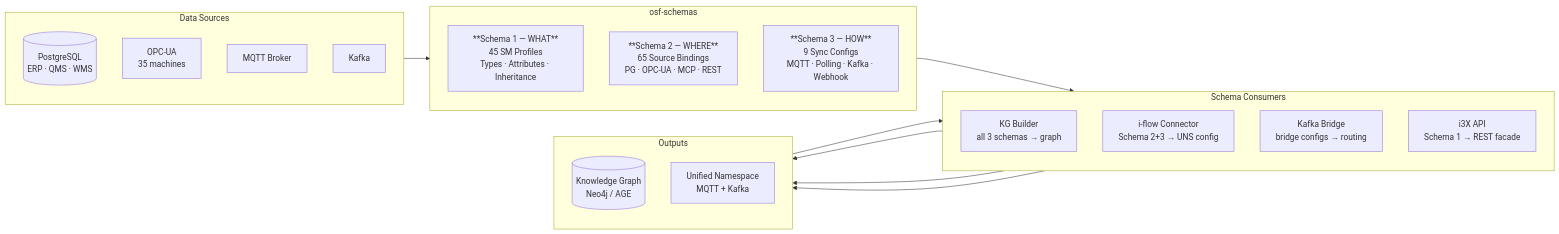
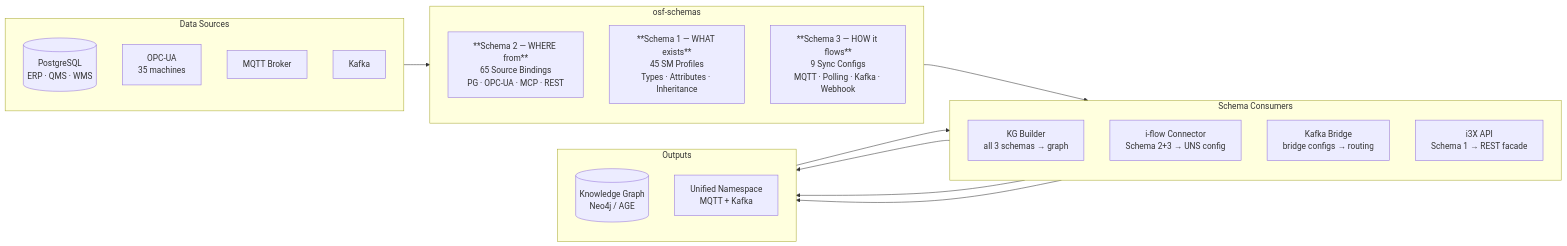
The diagram in README.md (TobiasLante/osf-schemas), drawn with Mermaid before and after one commit.

Commit message:
docs: reorder schemas in diagram — WHERE → WHAT → HOW (follows data flow)

````diff
--- a/README.md
+++ b/README.md
@@ -35,38 +35,38 @@
 ```mermaid
 flowchart LR
     subgraph SRC["Data Sources"]
         direction TB
         PG[("PostgreSQL\nERP · QMS · WMS")]
         OPC["OPC-UA\n35 machines"]
         MQ["MQTT Broker"]
         KF["Kafka"]
     end
 
     subgraph SCH["osf-schemas"]
         direction TB
-        S1["**Schema 1 — WHAT**\n45 SM Profiles\nTypes · Attributes · Inheritance"]
-        S2["**Schema 2 — WHERE**\n65 Source Bindings\nPG · OPC-UA · MCP · REST"]
-        S3["**Schema 3 — HOW**\n9 Sync Configs\nMQTT · Polling · Kafka · Webhook"]
+        S2["**Schema 2 — WHERE from**\n65 Source Bindings\nPG · OPC-UA · MCP · REST"]
+        S1["**Schema 1 — WHAT exists**\n45 SM Profiles\nTypes · Attributes · Inheritance"]
+        S3["**Schema 3 — HOW it flows**\n9 Sync Configs\nMQTT · Polling · Kafka · Webhook"]
     end
 
     subgraph USE["Schema Consumers"]
         direction TB
         KGB["KG Builder\nall 3 schemas → graph"]
         IFL["i-flow Connector\nSchema 2+3 → UNS config"]
         BRG["Kafka Bridge\nbridge configs → routing"]
         I3X["i3X API\nSchema 1 → REST facade"]
     end
 
     subgraph OUT["Outputs"]
         direction TB
         KG[("Knowledge Graph\nNeo4j / AGE")]
         UNS["Unified Namespace\nMQTT + Kafka"]
     end
 
     SRC --> SCH
     SCH --> USE
     KGB --> KG
     IFL --> UNS
     BRG --> UNS
     KG --> I3X
 ```
````
